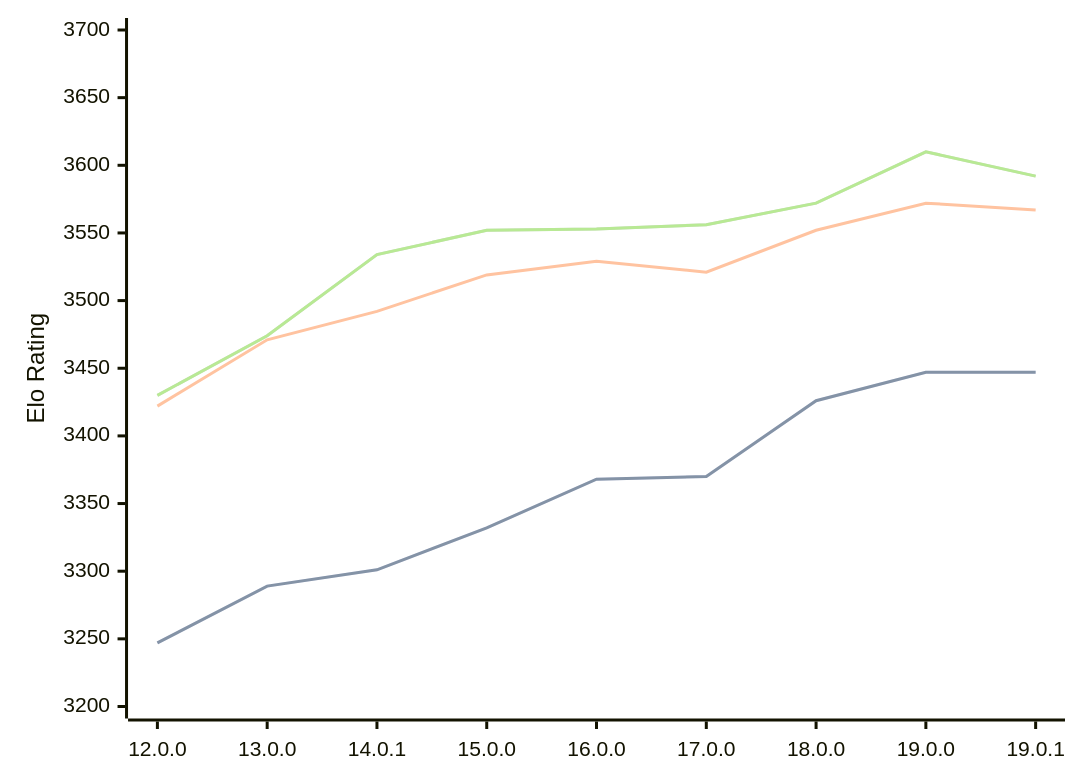
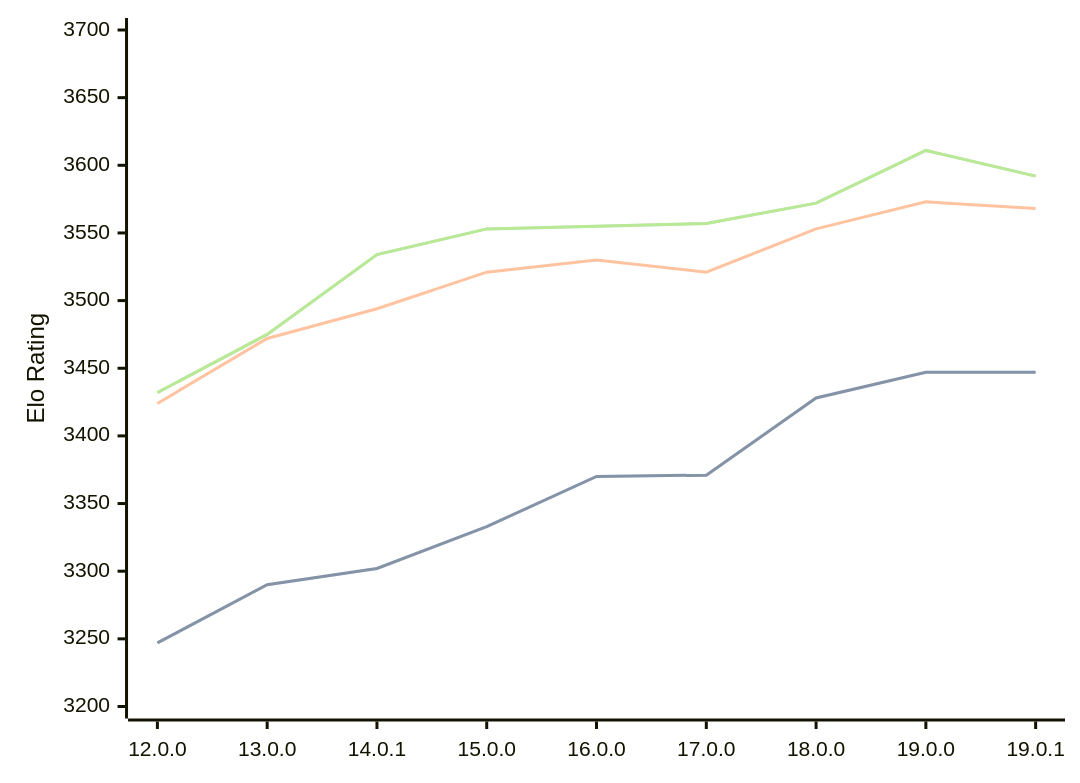
The diagram in engines/Viridithas.md (computer-chess-index/cci), drawn with Mermaid before and after one commit. The commit also changed other lines of this file, not shown here.

Commit message:
Update CCI Ratings (ELO VLTC) - 2026-05-01

````diff
--- a/engines/Viridithas.md
+++ b/engines/Viridithas.md
@@ -63,11 +63,11 @@
 ```mermaid
 %%{init: {"theme":"base","themeVariables":{"seriesColors:['#a3a3a3','#222221','#faa371']}}}%%
 xychart-beta
   x-axis ["12.0.0", "13.0.0", "14.0.1", "15.0.0", "16.0.0", "17.0.0", "18.0.0", "19.0.0", "19.0.1"]
   y-axis "Elo Rating" 3200 --> 3700
-  line "STC (8.0+0.08s)" [3247, 3289, 3301, 3332, 3368, 3370, 3426, 3447, 3447]
-  line "STC (8.0+0.08s)" [3247, 3289, 3301, 3332, 3368, 3370, 3426, 3447, 3447]
-  line "LTC (60.0+0.60s)" [3422, 3471, 3492, 3519, 3529, 3521, 3552, 3572, 3567]
-  line "VLTC (2m24s+1.12s)" [3430, 3474, 3534, 3552, 3553, 3556, 3572, 3610, 3592]
-  line "VLTC (2m24s+1.12s)" [3430, 3474, 3534, 3552, 3553, 3556, 3572, 3610, 3592]
+  line "STC (8.0+0.08s)" [3247, 3290, 3302, 3333, 3370, 3371, 3428, 3447, 3447]
+  line "STC (8.0+0.08s)" [3247, 3290, 3302, 3333, 3370, 3371, 3428, 3447, 3447]
+  line "LTC (60.0+0.60s)" [3424, 3472, 3494, 3521, 3530, 3521, 3553, 3573, 3568]
+  line "VLTC (2m24s+1.12s)" [3432, 3475, 3534, 3553, 3555, 3557, 3572, 3611, 3592]
+  line "VLTC (2m24s+1.12s)" [3432, 3475, 3534, 3553, 3555, 3557, 3572, 3611, 3592]
 ```
````
